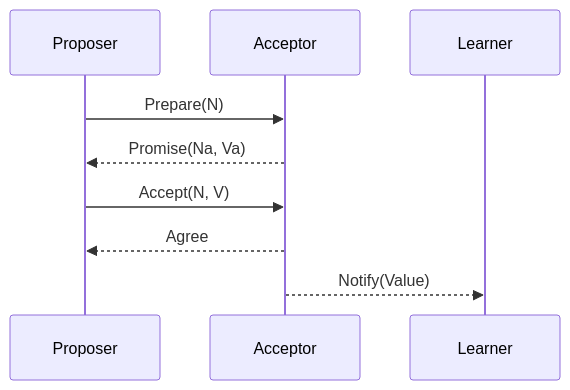
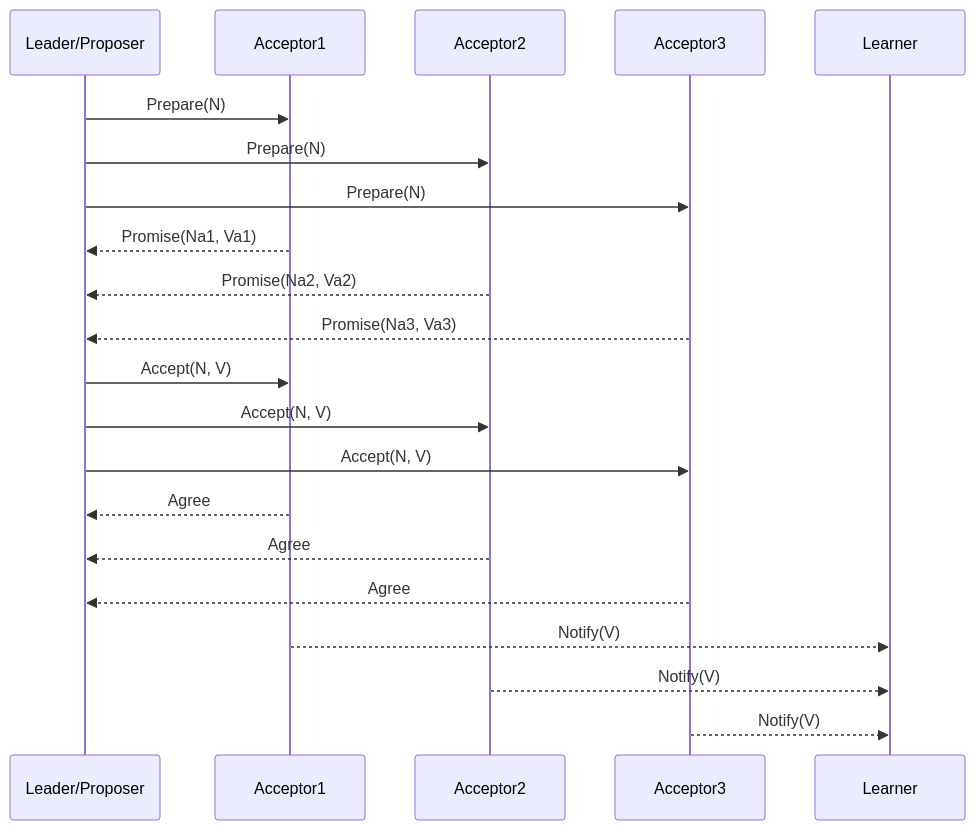
Before and after one commit to chertes01/web3-backend-learning-blog: the diagram in docs/web3/consensus/Paxos_Raft.md, drawn with Mermaid. The commit also changed 9 other files, not shown here.

````diff
--- a/docs/web3/consensus/Paxos_Raft.md
+++ b/docs/web3/consensus/Paxos_Raft.md
@@ -184,12 +184,33 @@
 ```mermaid
 sequenceDiagram
-    participant Proposer as Proposer
-    participant Acceptor as Acceptor
+    participant Leader/Proposer as Leader/Proposer
+    participant Acceptor1 as Acceptor1
+    participant Acceptor2 as Acceptor2
+    participant Acceptor3 as Acceptor3
     participant Learner as Learner
 
-    Proposer->>Acceptor: Prepare(N)
-    Acceptor-->>Proposer: Promise(Na, Va)
-    Proposer->>Acceptor: Accept(N, V)
-    Acceptor-->>Proposer: Agree
-    Acceptor-->>Learner: Notify(Value)
+    %% 阶段一：Prepare
+    Leader/Proposer->>Acceptor1: Prepare(N)
+    Leader/Proposer->>Acceptor2: Prepare(N)
+    Leader/Proposer->>Acceptor3: Prepare(N)
+
+    %% Acceptor 响应
+    Acceptor1-->>Leader/Proposer: Promise(Na1, Va1)
+    Acceptor2-->>Leader/Proposer: Promise(Na2, Va2)
+    Acceptor3-->>Leader/Proposer: Promise(Na3, Va3)
+
+    %% 阶段二：Accept
+    Leader/Proposer->>Acceptor1: Accept(N, V)
+    Leader/Proposer->>Acceptor2: Accept(N, V)
+    Leader/Proposer->>Acceptor3: Accept(N, V)
+
+    %% Acceptor 同意
+    Acceptor1-->>Leader/Proposer: Agree
+    Acceptor2-->>Leader/Proposer: Agree
+    Acceptor3-->>Leader/Proposer: Agree
+
+    %% 阶段三：通知 Learner
+    Acceptor1-->>Learner: Notify(V)
+    Acceptor2-->>Learner: Notify(V)
+    Acceptor3-->>Learner: Notify(V)
 ```
````
